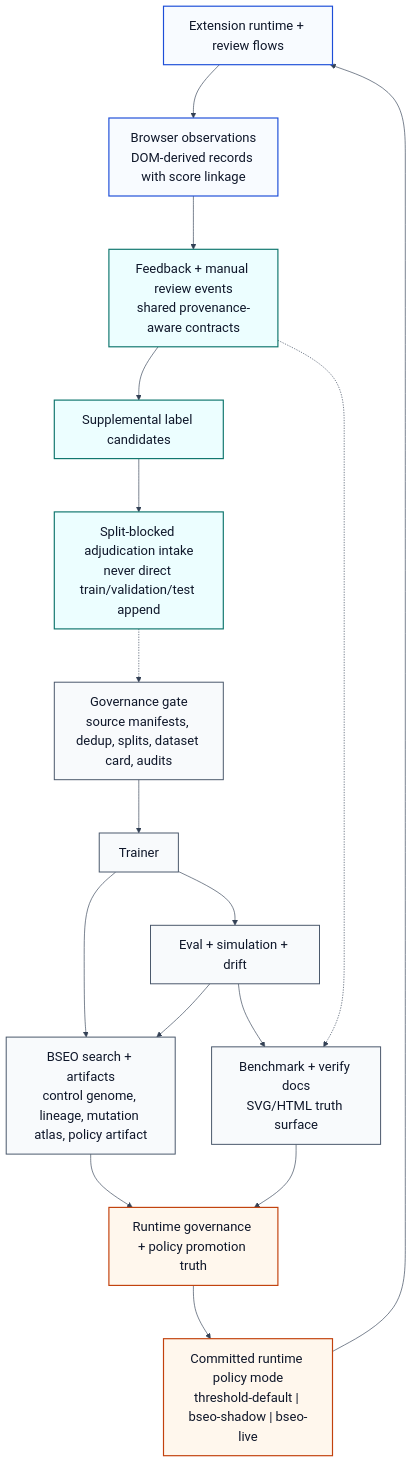
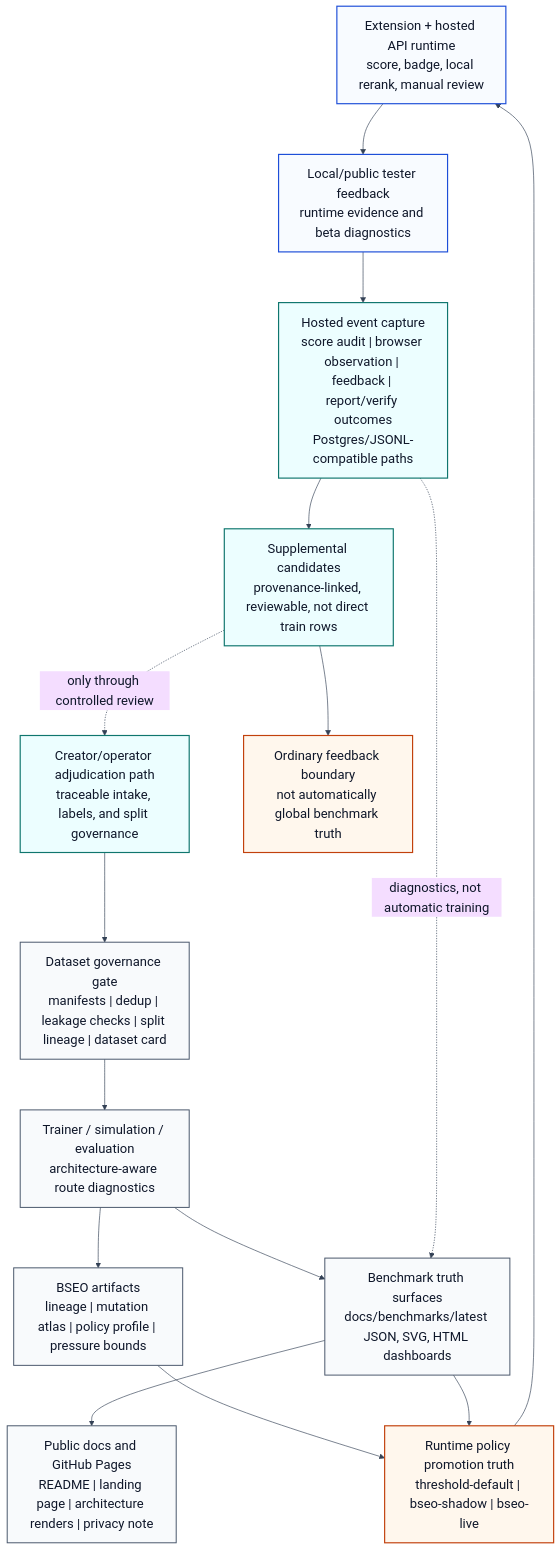
Before and after one commit to pt2710/TruthLens: the diagram in docs/architecture/truthlens-governance-feedback-loop.mmd, drawn with Mermaid. The commit also changed 30 other files, not shown here.

Commit message:
docs(repo): refresh beta onboarding and architecture visuals

```diff
--- a/docs/architecture/truthlens-governance-feedback-loop.mmd
+++ b/docs/architecture/truthlens-governance-feedback-loop.mmd
@@ -1,43 +1,43 @@
 %%{init: {
   "theme": "base",
   "themeVariables": {
     "fontFamily": "Arial, Helvetica, sans-serif",
     "fontSize": "20px",
     "primaryTextColor": "#0f172a",
     "lineColor": "#334155",
     "background": "#ffffff"
   },
   "flowchart": {
     "curve": "basis",
     "htmlLabels": true,
-    "nodeSpacing": 56,
-    "rankSpacing": 82
+    "nodeSpacing": 54,
+    "rankSpacing": 78
   }
 }}%%
 flowchart TB
 
 classDef implemented fill:#f8fbff,stroke:#1d4ed8,stroke-width:1.8px,color:#0f172a;
 classDef contract fill:#ecfeff,stroke:#0f766e,stroke-width:1.8px,color:#0f172a;
 classDef policy fill:#fff7ed,stroke:#c2410c,stroke-width:1.8px,color:#0f172a;
 classDef offline fill:#f8fafc,stroke:#475569,stroke-width:1.5px,color:#0f172a;
 
-runtime["Extension runtime + review flows"]:::implemented
-observations["Browser observations<br/>DOM-derived records with score linkage"]:::implemented
-feedback["Feedback + manual review events<br/>shared provenance-aware contracts"]:::contract
-candidates["Supplemental label candidates"]:::contract
-adjudication["Split-blocked adjudication intake<br/>never direct train/validation/test append"]:::contract
-governance["Governance gate<br/>source manifests, dedup, splits, dataset card, audits"]:::offline
-trainer["Trainer"]:::offline
-evals["Eval + simulation + drift"]:::offline
-bseo["BSEO search + artifacts<br/>control genome, lineage, mutation atlas, policy artifact"]:::offline
-benchmarks["Benchmark + verify docs<br/>SVG/HTML truth surface"]:::offline
-promotion["Runtime governance + policy promotion truth"]:::policy
-runtime_policy["Committed runtime policy mode<br/>threshold-default | bseo-shadow | bseo-live"]:::policy
+runtime["Extension + hosted API runtime<br/>score, badge, local rerank, manual review"]:::implemented
+localFeedback["Local/public tester feedback<br/>runtime evidence and beta diagnostics"]:::implemented
+hostedEvents["Hosted event capture<br/>score audit | browser observation | feedback | report/verify outcomes<br/>Postgres/JSONL-compatible paths"]:::contract
+supplemental["Supplemental candidates<br/>provenance-linked, reviewable, not direct train rows"]:::contract
+adjudication["Creator/operator adjudication path<br/>traceable intake, labels, and split governance"]:::contract
+blocked["Ordinary feedback boundary<br/>not automatically global benchmark truth"]:::policy
+governance["Dataset governance gate<br/>manifests | dedup | leakage checks | split lineage | dataset card"]:::offline
+trainer["Trainer / simulation / evaluation<br/>architecture-aware route diagnostics"]:::offline
+bseo["BSEO artifacts<br/>lineage | mutation atlas | policy profile | pressure bounds"]:::offline
+benchmarks["Benchmark truth surfaces<br/>docs/benchmarks/latest JSON, SVG, HTML dashboards"]:::offline
+architectureDocs["Public docs and GitHub Pages<br/>README | landing page | architecture renders | privacy note"]:::offline
+promotion["Runtime policy promotion truth<br/>threshold-default | bseo-shadow | bseo-live"]:::policy
 
-runtime --> observations --> feedback --> candidates --> adjudication -.-> governance
-governance --> trainer --> evals --> benchmarks
-trainer --> bseo
-evals --> bseo
-bseo --> promotion --> runtime_policy --> runtime
+runtime --> localFeedback --> hostedEvents --> supplemental
+supplemental --> blocked
+supplemental -. only through controlled review .-> adjudication
+adjudication --> governance --> trainer --> benchmarks --> architectureDocs
+trainer --> bseo --> promotion --> runtime
 benchmarks --> promotion
-feedback -.-> benchmarks
+hostedEvents -. diagnostics, not automatic training .-> benchmarks
```
